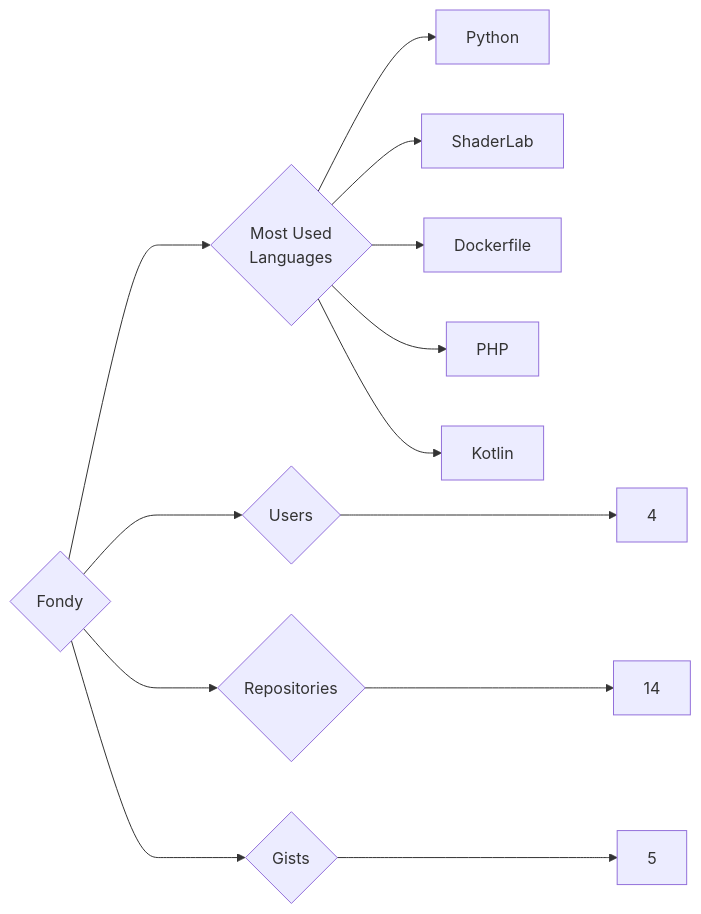
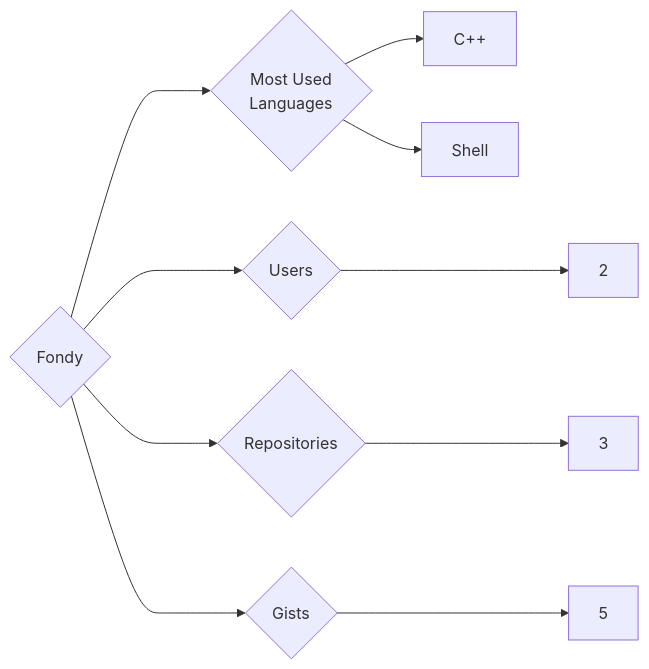
One commit to trickest/insiders changed the diagram in targets/Fondy/README.md. Above: the diagram before and after it, drawn with Mermaid. The commit also changed 1123 other files, not shown here.

````diff
--- a/targets/Fondy/README.md
+++ b/targets/Fondy/README.md
@@ -3,13 +3,10 @@
 ```mermaid
 graph LR
 COMPANY_NAME{Fondy}
-COMPANY_NAME ---> U{Users} ---> UN[4]
-COMPANY_NAME ---> R{Repositories} ---> RN[14]
+COMPANY_NAME ---> U{Users} ---> UN[2]
+COMPANY_NAME ---> R{Repositories} ---> RN[3]
 COMPANY_NAME ---> G{Gists} ---> GN[5]
 COMPANY_NAME ---> ML{Most Used<br>Languages}
-ML --> Python[Python]
-ML --> ShaderLab[ShaderLab]
-ML --> Dockerfile[Dockerfile]
-ML --> PHP[PHP]
-ML --> Kotlin[Kotlin]
+ML --> C++[C++]
+ML --> Shell[Shell]
 ```
````
